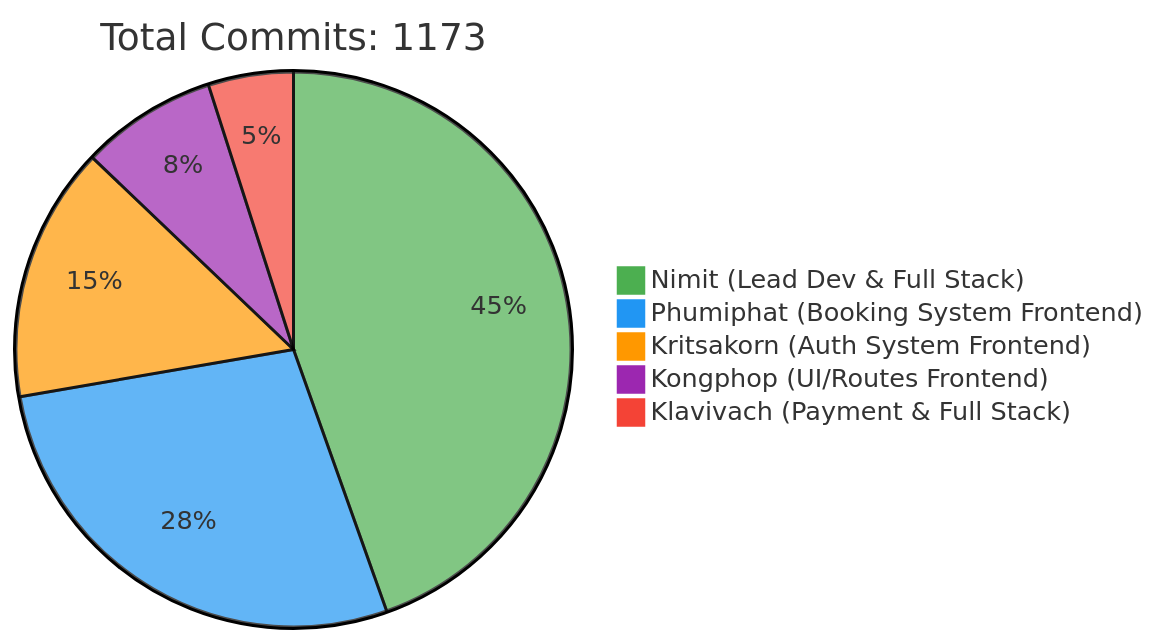
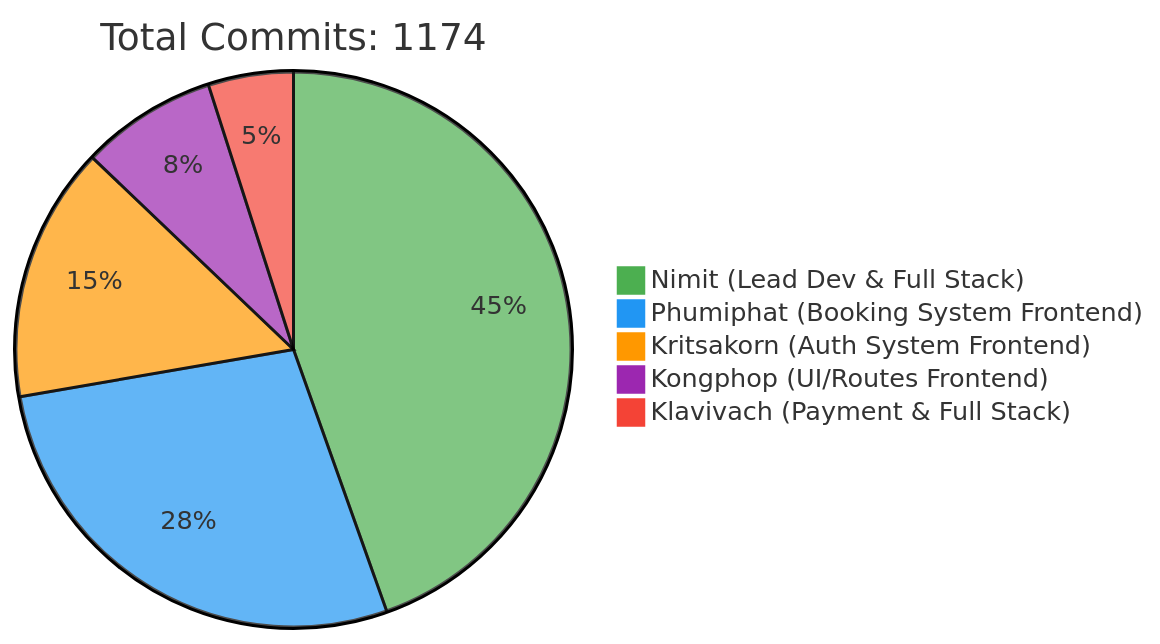
The first of 2 diagrams in README.md (6531503042/Sport-Complex), drawn with Mermaid before and after one commit. The commit also changed other lines of this file, not shown here.

Commit message:
docs: Update contributor statistics [skip ci]

````diff
--- a/README.md
+++ b/README.md
@@ -257,10 +257,10 @@
 ```mermaid
 %%{init: {'theme': 'base', 'themeVariables': { 'pie1': '#4CAF50', 'pie2': '#2196F3', 'pie3': '#FF9800', 'pie4': '#9C27B0', 'pie5': '#F44336'}}}%%
 pie
-    title Total Commits: 1173
+    title Total Commits: 1174
     "Nimit (Lead Dev & Full Stack)" : 450
     "Phumiphat (Booking System Frontend)" : 280
     "Kritsakorn (Auth System Frontend)" : 150
     "Kongphop (UI/Routes Frontend)" : 80
     "Klavivach (Payment & Full Stack)" : 50
 ```
````
